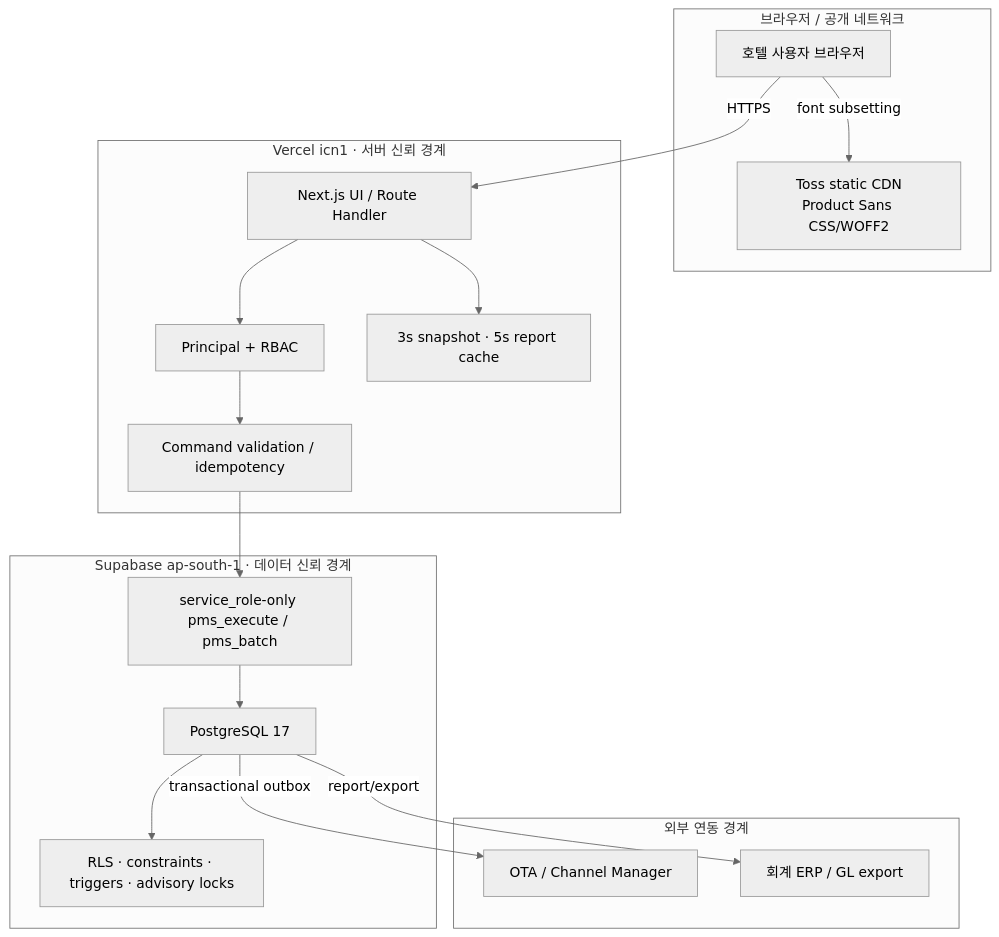
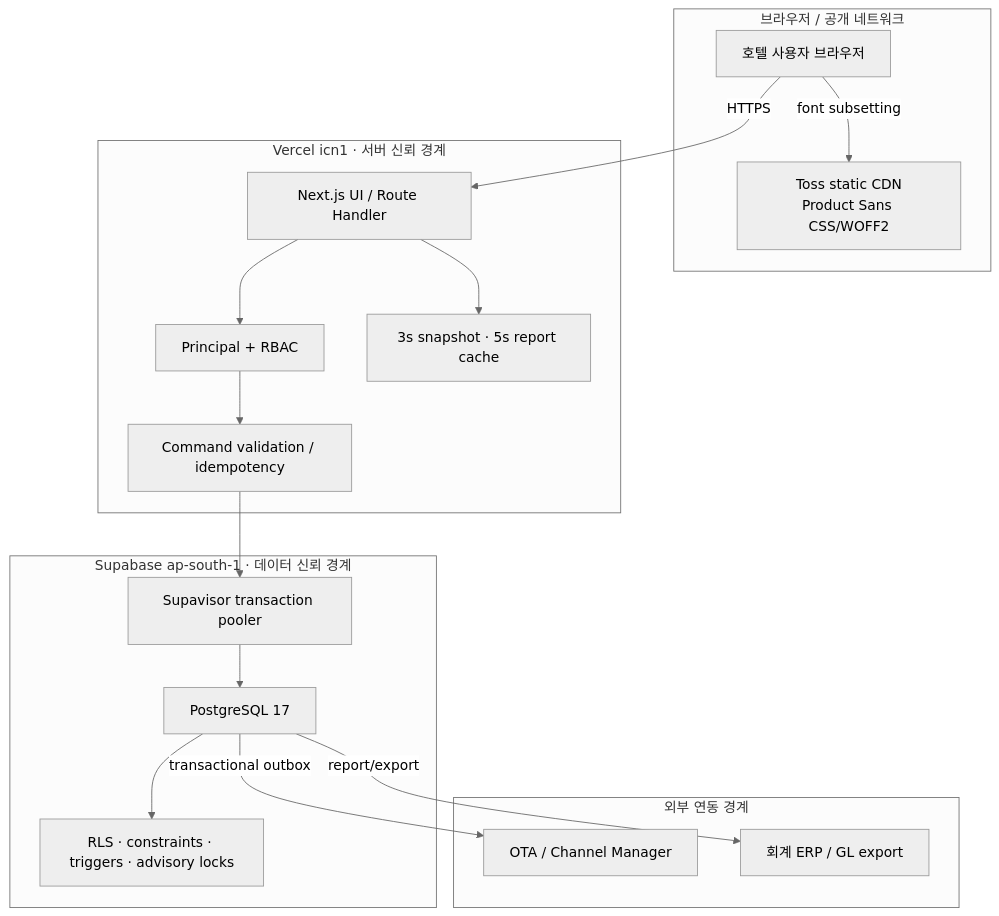
One commit to sksmsrkk-glitch/Aurora_PMS changed the third of 6 diagrams in README.md. Above: the diagram before and after it, drawn with Mermaid (neutral theme). The commit also changed other lines of this file and 104 other files, not shown here.

````diff
--- a/README.md
+++ b/README.md
@@ -178,28 +190,28 @@
 ```mermaid
 flowchart TB
   subgraph Public["브라우저 / 공개 네트워크"]
     BROWSER["호텔 사용자 브라우저"]
     TOSSCDN["Toss static CDN\nProduct Sans CSS/WOFF2"]
   end
   subgraph Vercel["Vercel icn1 · 서버 신뢰 경계"]
     NEXT["Next.js UI / Route Handler"]
     AUTH["Principal + RBAC"]
     COMMAND["Command validation / idempotency"]
     CACHE["3s snapshot · 5s report cache"]
   end
   subgraph Supabase["Supabase ap-south-1 · 데이터 신뢰 경계"]
-    RPC["service_role-only pms_execute / pms_batch"]
+    POOLER["Supavisor transaction pooler"]
     PG["PostgreSQL 17"]
     RULES["RLS · constraints · triggers · advisory locks"]
   end
   subgraph External["외부 연동 경계"]
     CHANNEL["OTA / Channel Manager"]
     ERP["회계 ERP / GL export"]
   end
   BROWSER -->|HTTPS| NEXT
   BROWSER -->|font subsetting| TOSSCDN
-  NEXT --> AUTH --> COMMAND --> RPC --> PG --> RULES
+  NEXT --> AUTH --> COMMAND --> POOLER --> PG --> RULES
   NEXT --> CACHE
   PG -->|transactional outbox| CHANNEL
   PG -->|report/export| ERP
 ```
````
